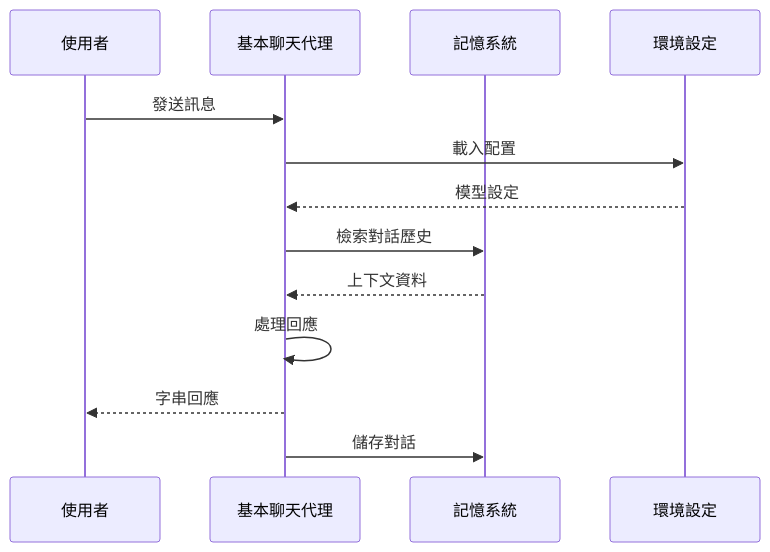
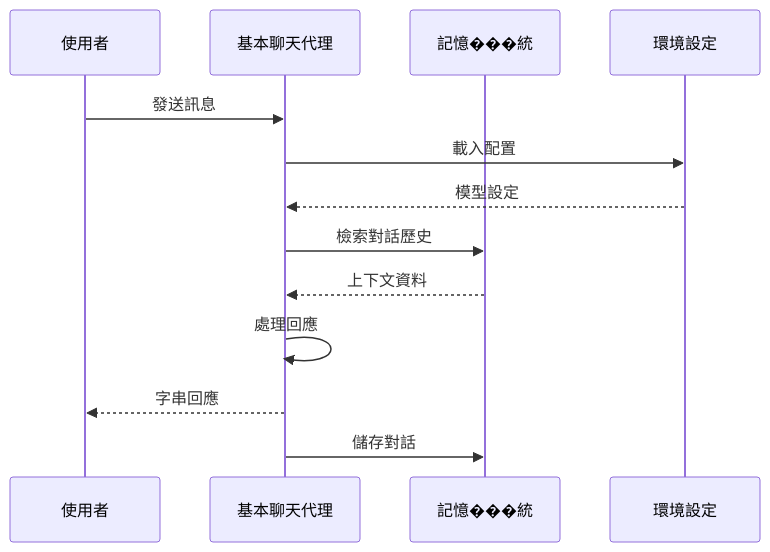
Before and after one commit to kevin801221/gemini-code-context-engineering-template: the sixth of 12 diagrams in use-cases/pydantic-ai/README.md, drawn with Mermaid. The commit also changed other lines of this file and 42 other files, not shown here.

````diff
--- a/use-cases/pydantic-ai/README.md
+++ b/use-cases/pydantic-ai/README.md
@@ -248,16 +248,16 @@
 ```mermaid
 sequenceDiagram
     participant U as 使用者
     participant A as 基本聊天代理
-    participant M as 記憶系統
+    participant M as 記憶���統
     participant E as 環境設定
     
     U->>A: 發送訊息
     A->>E: 載入配置
     E-->>A: 模型設定
     A->>M: 檢索對話歷史
     M-->>A: 上下文資料
     A->>A: 處理回應
     A-->>U: 字串回應
     A->>M: 儲存對話
 ```
````
